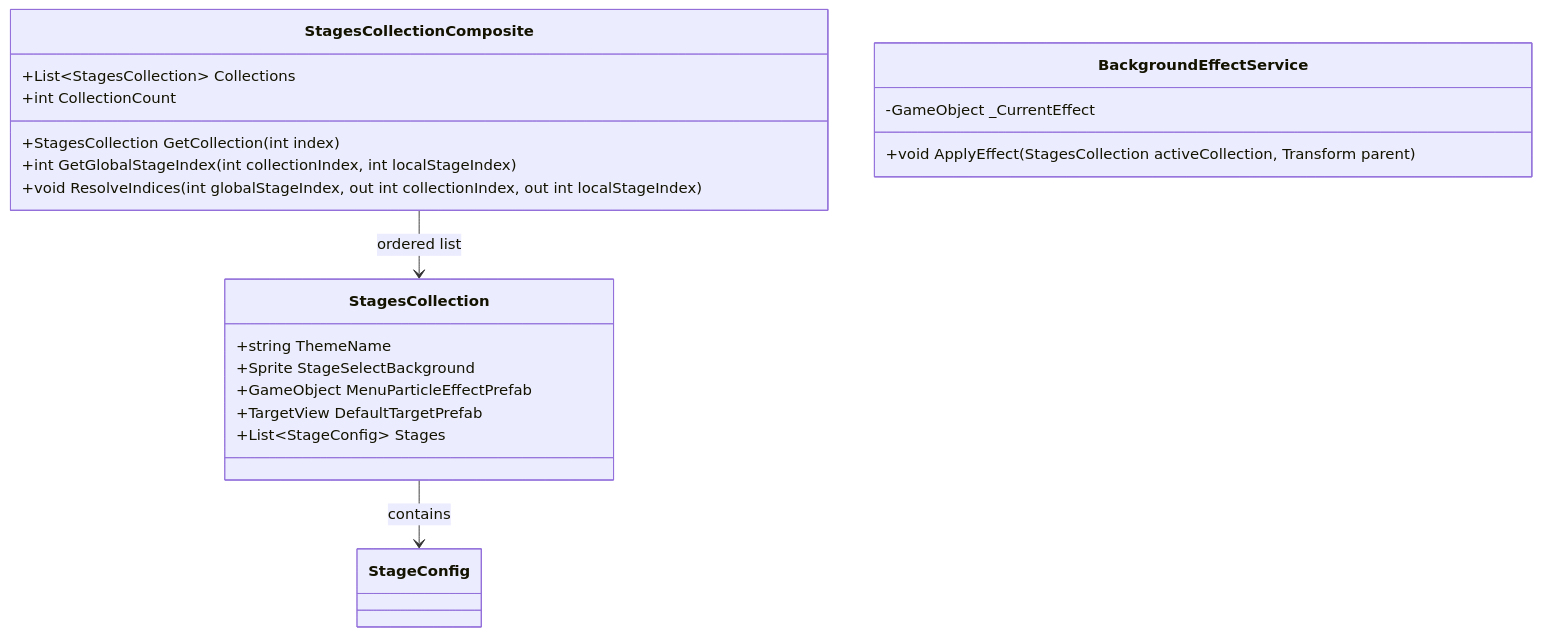
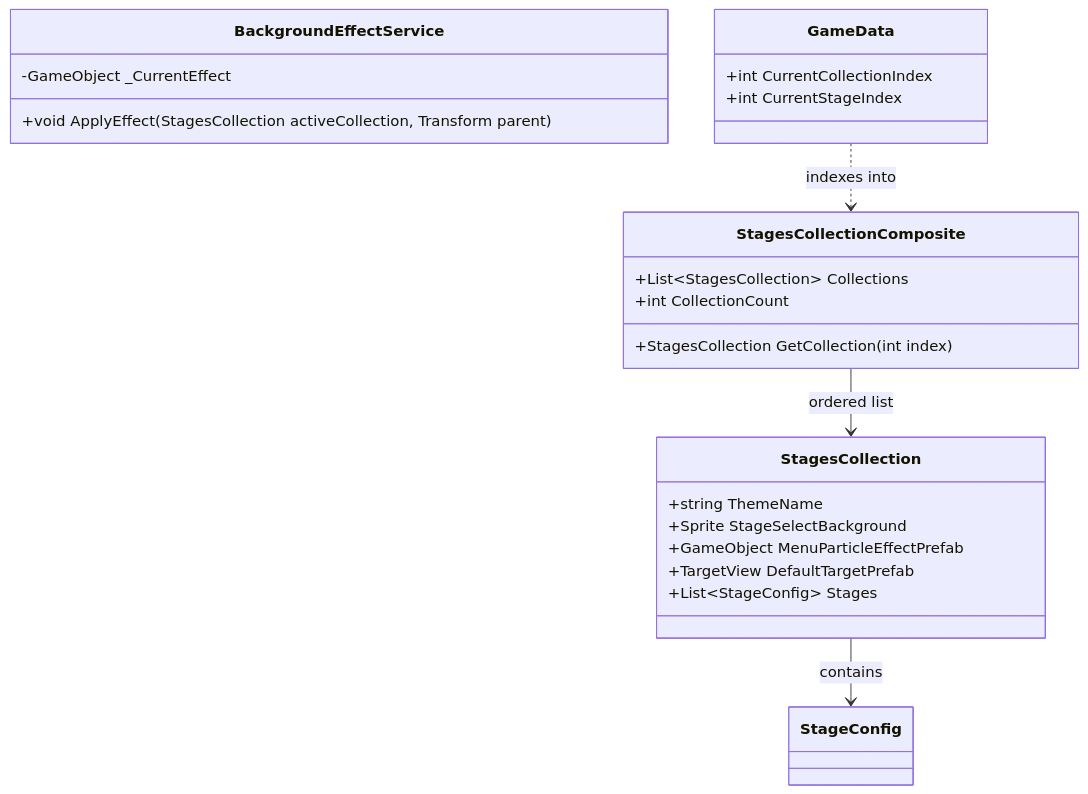
The diagram in .cursor/plans/stage_collection_theming_3a9dfd06.plan.md (Jonsi/Knife-Toss), drawn with Mermaid before and after one commit. The commit also changed other lines of this file, not shown here.

````diff
--- a/.cursor/plans/stage_collection_theming_3a9dfd06.plan.md
+++ b/.cursor/plans/stage_collection_theming_3a9dfd06.plan.md
@@ -51,26 +56,30 @@
 ```mermaid
 classDiagram
     class StagesCollectionComposite {
         +List~StagesCollection~ Collections
         +int CollectionCount
         +StagesCollection GetCollection(int index)
-        +int GetGlobalStageIndex(int collectionIndex, int localStageIndex)
-        +void ResolveIndices(int globalStageIndex, out int collectionIndex, out int localStageIndex)
     }
 
     class StagesCollection {
         +string ThemeName
         +Sprite StageSelectBackground
         +GameObject MenuParticleEffectPrefab
         +TargetView DefaultTargetPrefab
         +List~StageConfig~ Stages
     }
 
     class BackgroundEffectService {
         -GameObject _CurrentEffect
         +void ApplyEffect(StagesCollection activeCollection, Transform parent)
     }
 
+    class GameData {
+        +int CurrentCollectionIndex
+        +int CurrentStageIndex
+    }
+
     StagesCollectionComposite --> StagesCollection : ordered list
     StagesCollection --> StageConfig : contains
+    GameData ..> StagesCollectionComposite : indexes into
 ```
````
